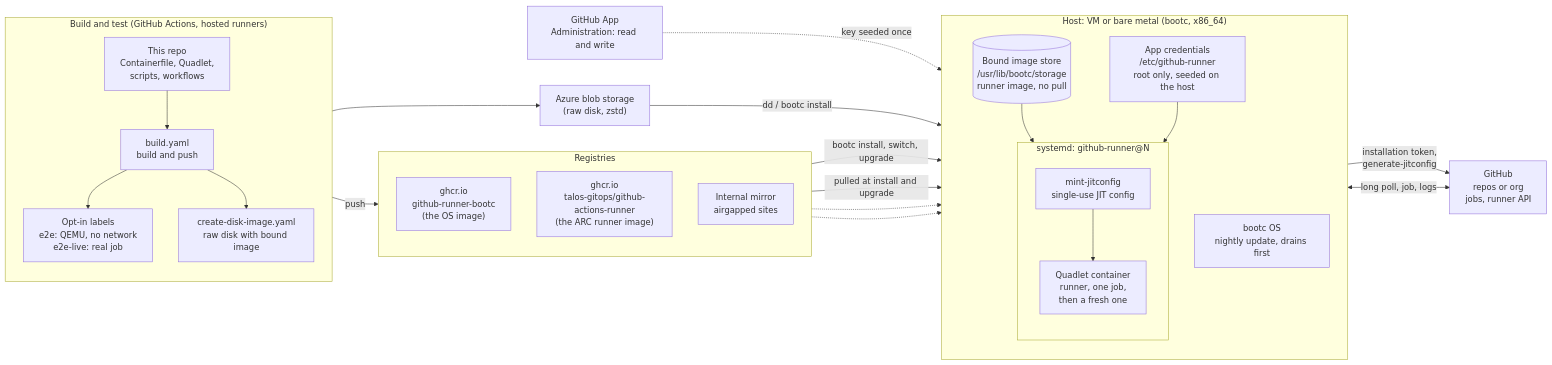
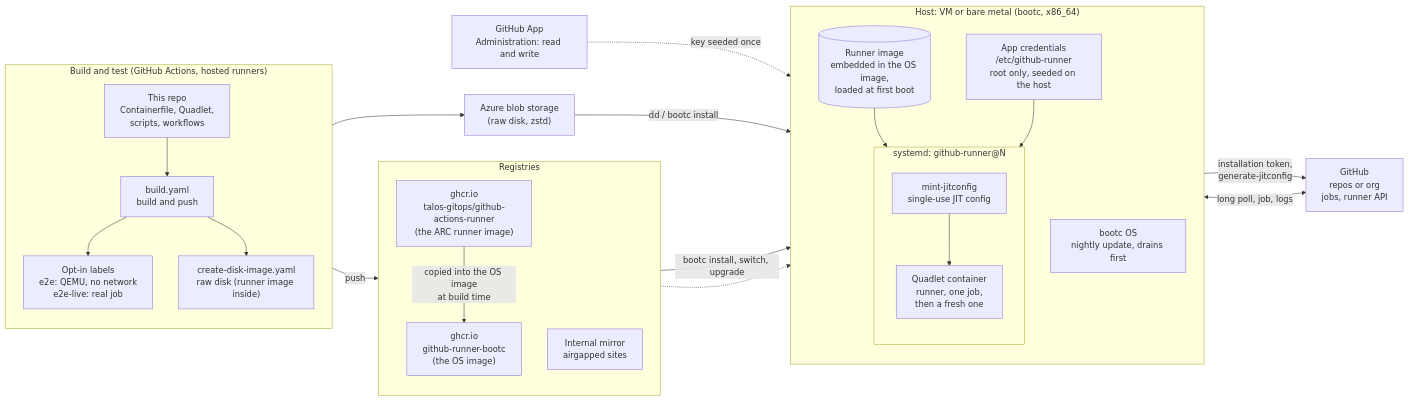
Before and after one commit to cthtrifork/github-runner-bootc: the first of 2 diagrams in docs/architecture.md, drawn with Mermaid. The commit also changed other lines of this file and 17 other files, not shown here.

First line of the commit message:
feat(image): embed the runner image in the OS image instead of binding it

````diff
--- a/docs/architecture.md
+++ b/docs/architecture.md
@@ -7,50 +7,49 @@
 ```mermaid
 flowchart LR
     subgraph BUILD["Build and test (GitHub Actions, hosted runners)"]
         direction TB
         SRC["This repo<br/>Containerfile, Quadlet,<br/>scripts, workflows"]
         CI["build.yaml<br/>build and push"]
         E2E["Opt-in labels<br/>e2e: QEMU, no network<br/>e2e-live: real job"]
-        DISK["create-disk-image.yaml<br/>raw disk with bound image"]
+        DISK["create-disk-image.yaml<br/>raw disk (runner image inside)"]
         SRC --> CI --> E2E
         CI --> DISK
     end
 
     subgraph REG["Registries"]
         direction TB
         OS["ghcr.io<br/>github-runner-bootc<br/>(the OS image)"]
         RUN["ghcr.io<br/>talos-gitops/github-actions-runner<br/>(the ARC runner image)"]
         MIRROR["Internal mirror<br/>airgapped sites"]
     end
 
     DEST["Azure blob storage<br/>(raw disk, zstd)"]
 
     subgraph HOST["Host: VM or bare metal (bootc, x86_64)"]
         direction TB
         BOOTC["bootc OS<br/>nightly update, drains first"]
-        BOUND[("Bound image store<br/>/usr/lib/bootc/storage<br/>runner image, no pull")]
+        BOUND[("Runner image<br/>embedded in the OS image,<br/>loaded at first boot")]
         subgraph UNITS["systemd: github-runner@N"]
             direction TB
             MINT["mint-jitconfig<br/>single-use JIT config"]
             CTR["Quadlet container<br/>runner, one job,<br/>then a fresh one"]
             MINT --> CTR
         end
         SEED["App credentials<br/>/etc/github-runner<br/>root only, seeded on the host"]
         BOUND --> CTR
         SEED --> MINT
     end
 
     GH["GitHub<br/>repos or org<br/>jobs, runner API"]
     APP["GitHub App<br/>Administration: read and write"]
 
     CI -- "push" --> OS
     DISK --> DEST
     DEST -- "dd / bootc install" --> HOST
     OS -- "bootc install, switch, upgrade" --> BOOTC
-    RUN -- "pulled at install and upgrade" --> BOUND
+    RUN -- "copied into the OS image<br/>at build time" --> OS
     MIRROR -.-> BOOTC
-    MIRROR -.-> BOUND
     APP -. "key seeded once" .-> SEED
     MINT -- "installation token,<br/>generate-jitconfig" --> GH
     CTR <-- "long poll, job, logs" --> GH
 ```
````
